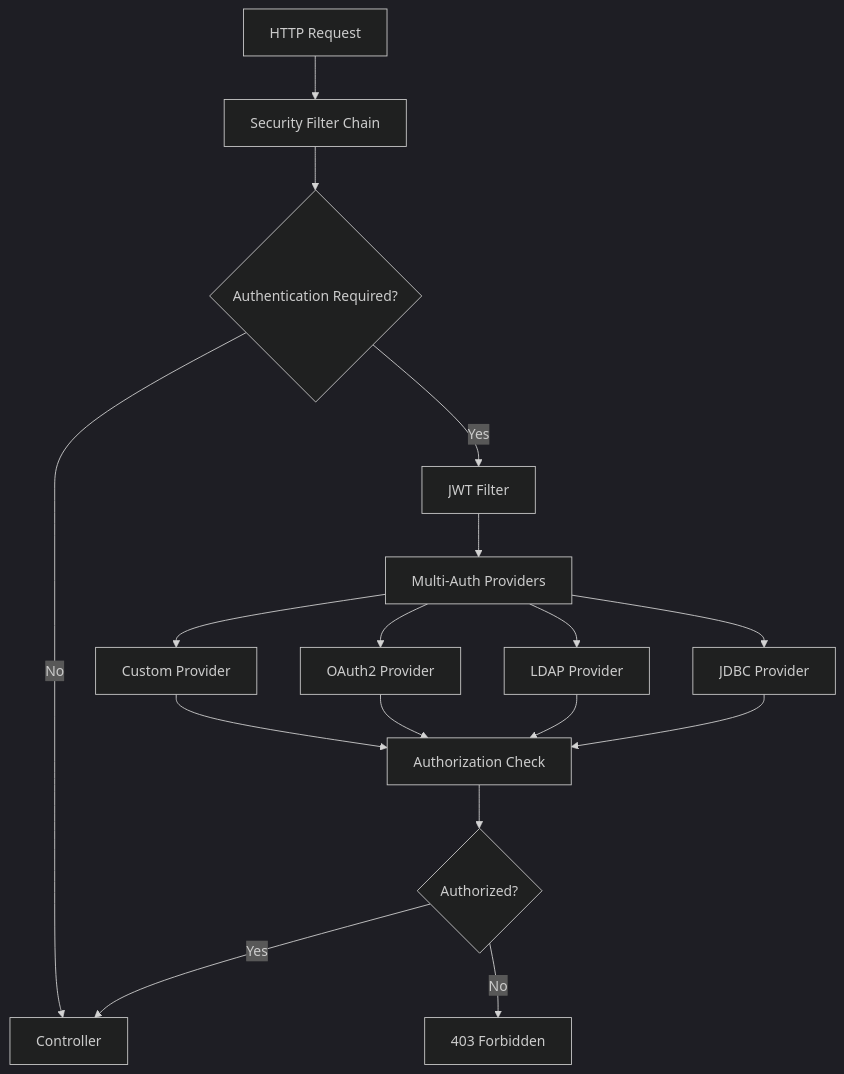
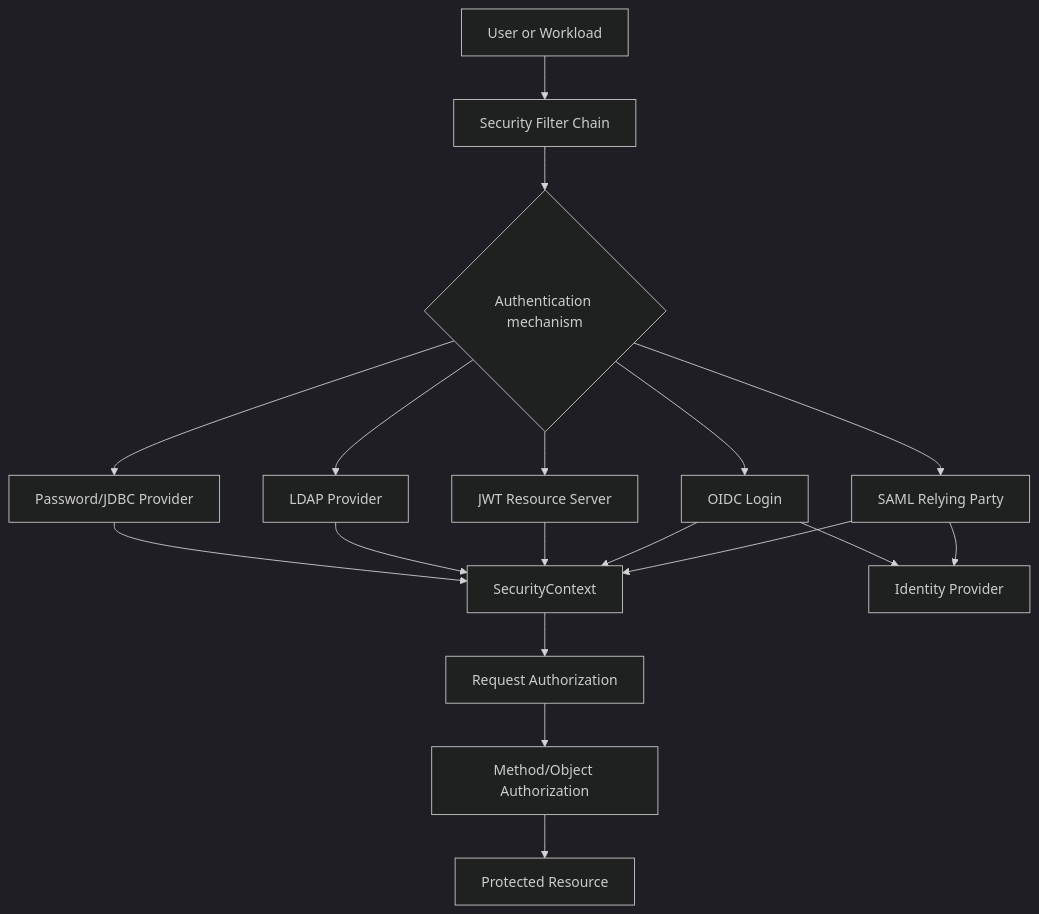
One commit to nitinkc/spring-security-reference changed the first of 2 diagrams in docs/security/index.md. Above: the diagram before and after it, drawn with Mermaid (dark theme). The commit also changed other lines of this file and 100 other files, not shown here.

````diff
--- a/docs/security/index.md
+++ b/docs/security/index.md
@@ -9,19 +7,20 @@
 ```mermaid
 graph TD
-    A[HTTP Request] --> B[Security Filter Chain]
-    B --> C{Authentication Required?}
-    C -->|Yes| D[JWT Filter]
-    D --> E[Multi-Auth Providers]
-    E --> F[JDBC Provider]
-    E --> G[LDAP Provider] 
-    E --> H[OAuth2 Provider]
-    E --> I[Custom Provider]
-    F --> J[Authorization Check]
-    G --> J
-    H --> J
-    I --> J
-    J --> K{Authorized?}
-    K -->|Yes| L[Controller]
-    K -->|No| M[403 Forbidden]
-    C -->|No| L
+    U[User or Workload] --> F[Security Filter Chain]
+    F --> A{Authentication mechanism}
+    A --> P[Password/JDBC Provider]
+    A --> L[LDAP Provider]
+    A --> J[JWT Resource Server]
+    A --> O[OIDC Login]
+    A --> S[SAML Relying Party]
+    P --> C[SecurityContext]
+    L --> C
+    J --> C
+    O --> C
+    S --> C
+    C --> R[Request Authorization]
+    R --> M[Method/Object Authorization]
+    M --> X[Protected Resource]
+    O --> I[Identity Provider]
+    S --> I
 ```
````
